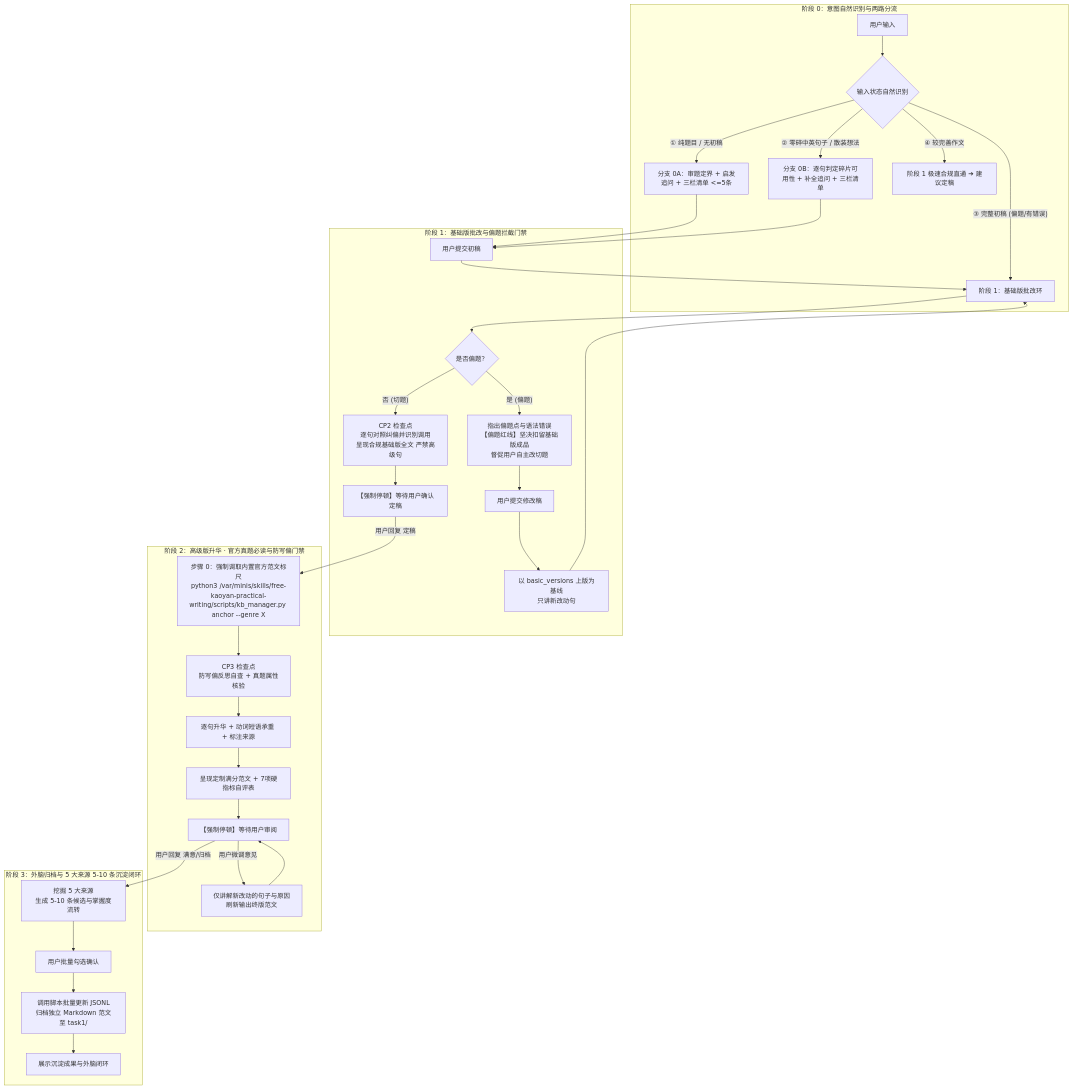
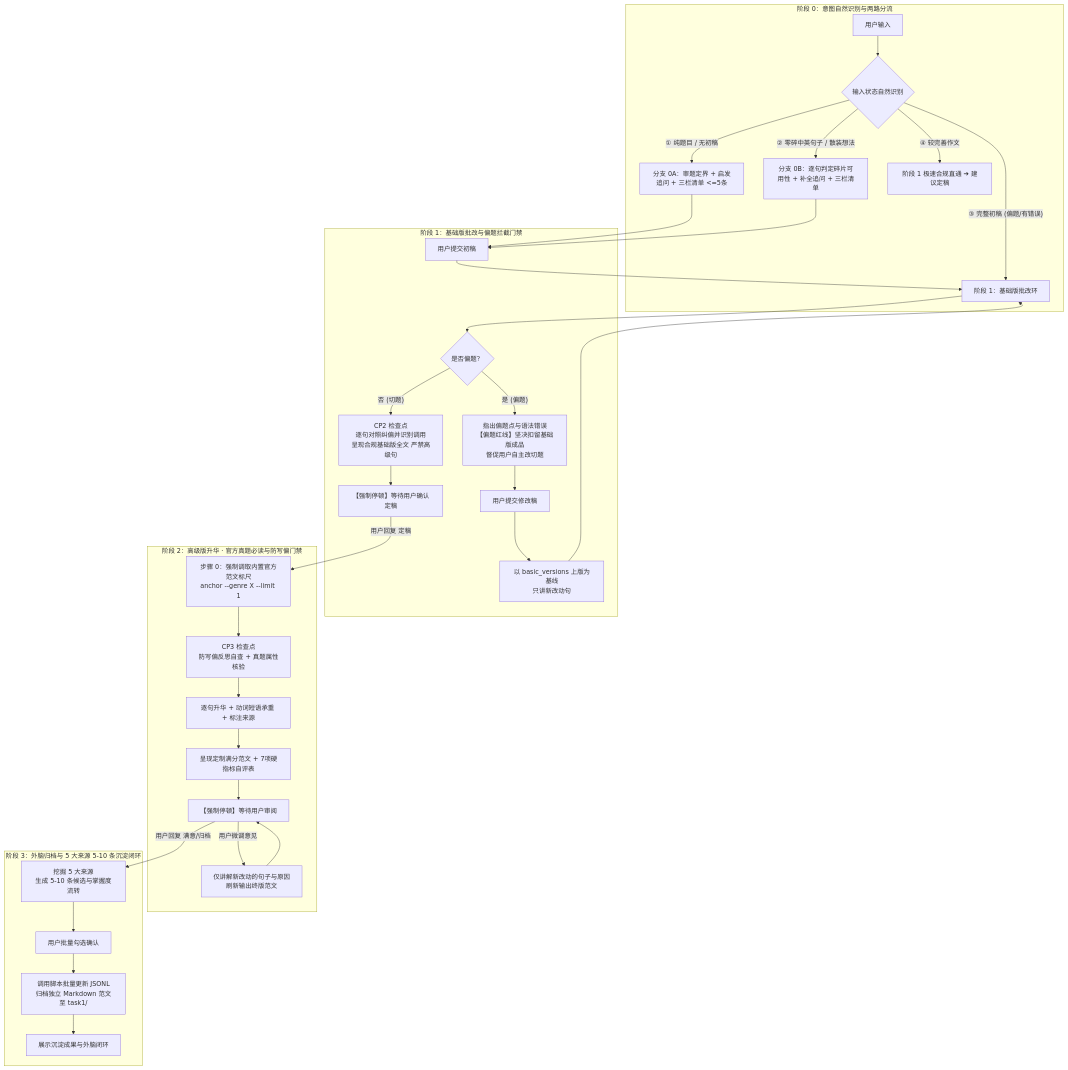
The diagram in SKILL.md (Fuchen-Xiaoxing/free-kaoyan-practical-writing), drawn with Mermaid before and after one commit. The commit also changed other lines of this file and 2 other files, not shown here.

First line of the commit message:
refactor(skill): optimize SKILL.md token footprint and improve CLI safety for OpenMinis

````diff
--- a/SKILL.md
+++ b/SKILL.md
@@ -49,40 +73,40 @@
 ```mermaid
 flowchart TD
     subgraph S0 [阶段 0：意图自然识别与两路分流]
         In[用户输入] --> Judge{输入状态自然识别}
         Judge -- ① 纯题目 / 无初稿 --> P0_A[分支 0A：审题定界 + 启发追问 + 三栏清单 <=5条]
         Judge -- ② 零碎中英句子 / 散装想法 --> P0_B[分支 0B：逐句判定碎片可用性 + 补全追问 + 三栏清单]
         Judge -- ③ 完整初稿 (偏题/有错误) --> P1[阶段 1：基础版批改环]
         Judge -- ④ 较完善作文 --> P1_Fast[阶段 1 极速合规直通 ➔ 建议定稿]
     end
 
     subgraph S1 [阶段 1：基础版批改与偏题拦截门禁]
         P0_A --> UserDraft[用户提交初稿]
         P0_B --> UserDraft
         UserDraft --> P1
         P1 --> TopicCheck{是否偏题？}
         TopicCheck -- 是 (偏题) --> OffTopicReject[指出偏题点与语法错误<br>【偏题红线】坚决扣留基础版成品<br>督促用户自主改切题]
         OffTopicReject --> UserRevise[用户提交修改稿]
         UserRevise --> MultiTurnBasic[以 basic_versions 上版为基线<br>只讲新改动句]
         MultiTurnBasic --> P1
         TopicCheck -- 否 (切题) --> SentCheck[CP2 检查点<br>逐句对照纠偏并识别调用<br>呈现合规基础版全文 严禁高级句]
         SentCheck --> WaitBasic[【强制停顿】等待用户确认定稿]
     end
 
     subgraph S2 [阶段 2：高级版升华 · 官方真题必读与防写偏门禁]
-        WaitBasic -- 用户回复 定稿 --> AnchorRead[步骤 0：强制调取内置官方范文标尺<br>python3 /var/minis/skills/free-kaoyan-practical-writing/scripts/kb_manager.py anchor --genre X]
+        WaitBasic -- 用户回复 定稿 --> AnchorRead[步骤 0：强制调取内置官方范文标尺<br>anchor --genre X --limit 1]
         AnchorRead --> CP3[CP3 检查点<br>防写偏反思自查 + 真题属性核验]
         CP3 --> Elevate[逐句升华 + 动词短语承重 + 标注来源]
         Elevate --> ElevateFinal[呈现定制满分范文 + 7项硬指标自评表]
         ElevateFinal --> WaitAdvanced[【强制停顿】等待用户审阅]
         WaitAdvanced -- 用户微调意见 --> MultiTurnElevate[仅讲解新改动的句子与原因<br>刷新输出终版范文]
         MultiTurnElevate --> WaitAdvanced
     end
 
     subgraph S3 [阶段 3：外脑归档与 5 大来源 5-10 条沉淀闭环]
         WaitAdvanced -- 用户回复 满意/归档 --> CandidateGen[挖掘 5 大来源<br>生成 5-10 条候选与掌握度流转]
         CandidateGen --> UserBatchConfirm[用户批量勾选确认]
         UserBatchConfirm --> ScriptExec[调用脚本批量更新 JSONL<br>归档独立 Markdown 范文至 task1/]
         ScriptExec --> EndNode[展示沉淀成果与外脑闭环]
     end
 ```
````
